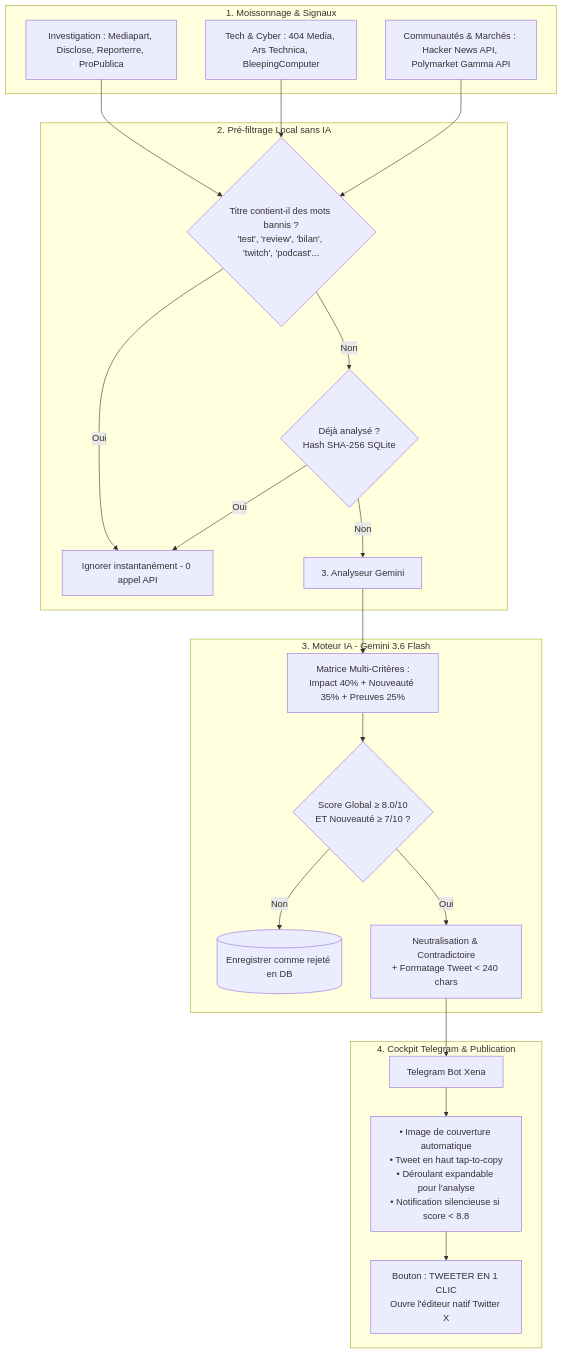
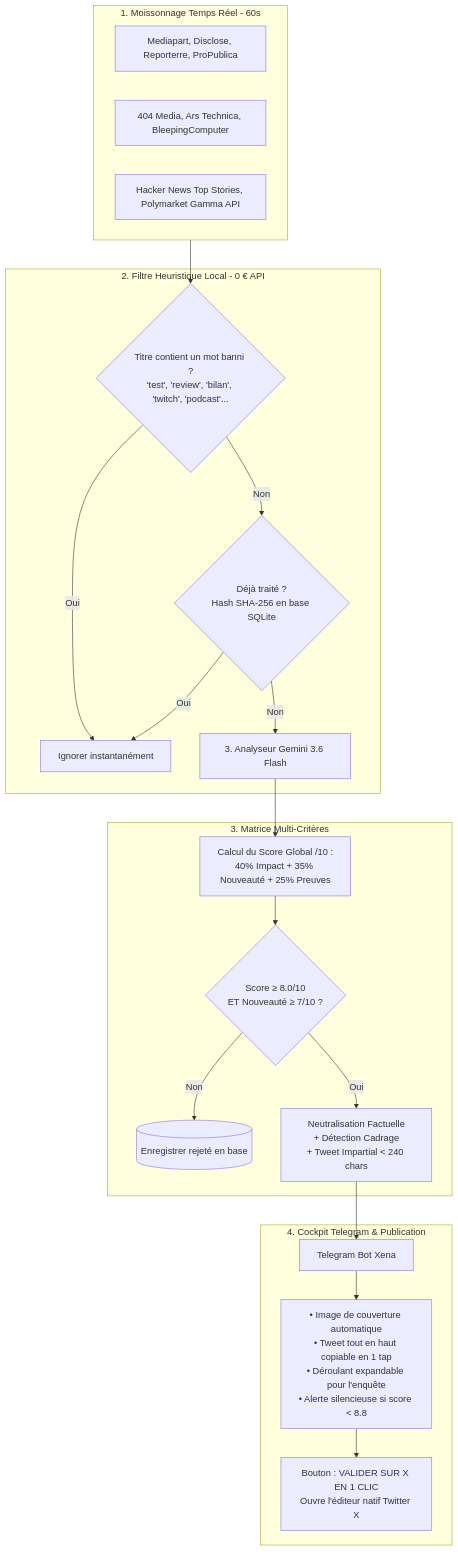
Before and after one commit to MaximeZoppini/Xena-Newsletter: the diagram in README.md, drawn with Mermaid. The commit also changed other lines of this file and 3 other files, not shown here.

Commit message:
feat: real-time news monitoring engine (60s loop + HTTP 304 ETag caching + updated docs)

````diff
--- a/README.md
+++ b/README.md
@@ -27,33 +24,31 @@
 ```mermaid
 flowchart TD
-    subgraph Ingestion [1. Moissonnage & Signaux]
-        S1[Investigation : Mediapart, Disclose, Reporterre, ProPublica]
-        S2[Tech & Cyber : 404 Media, Ars Technica, BleepingComputer]
-        S3[Communautés & Marchés : Hacker News API, Polymarket Gamma API]
+    subgraph Scan [1. Moissonnage Temps Réel - 60s]
+        S1[Mediapart, Disclose, Reporterre, ProPublica]
+        S2[404 Media, Ars Technica, BleepingComputer]
+        S3[Hacker News Top Stories, Polymarket Gamma API]
     end
 
-    subgraph Heuristique [2. Pré-filtrage Local sans IA]
-        F1{Titre contient-il des mots bannis ?\n'test', 'review', 'bilan', 'twitch', 'podcast'...}
-        F1 -- Oui --> Drop[Ignorer instantanément - 0 appel API]
-        F1 -- Non --> DB_Check{Déjà analysé ?\nHash SHA-256 SQLite}
-        DB_Check -- Oui --> Drop
-        DB_Check -- Non --> Engine[3. Analyseur Gemini]
+    subgraph Filtre1 [2. Filtre Heuristique Local - 0 € API]
+        F1{Titre contient un mot banni ?\n'test', 'review', 'bilan', 'twitch', 'podcast'...}
+        F1 -- Oui --> Drop1[Ignorer instantanément]
+        F1 -- Non --> DB_Check{Déjà traité ?\nHash SHA-256 en base SQLite}
+        DB_Check -- Oui --> Drop1
+        DB_Check -- Non --> AI_Eval[3. Analyseur Gemini 3.6 Flash]
     end
 
-    subgraph Intelligence [3. Moteur IA - Gemini 3.6 Flash]
-        Engine --> Matrix[Matrice Multi-Critères :\nImpact 40% + Nouveauté 35% + Preuves 25%]
-        Matrix --> Decision{Score Global ≥ 8.0/10\nET Nouveauté ≥ 7/10 ?}
-        Decision -- Non --> DB_Reject[(Enregistrer comme rejeté en DB)]
-        Decision -- Oui --> Neutralize[Neutralisation & Contradictoire\n+ Formatage Tweet < 240 chars]
+    subgraph Intelligence [3. Matrice Multi-Critères]
+        AI_Eval --> Scoring[Calcul du Score Global /10 :\n40% Impact + 35% Nouveauté + 25% Preuves]
+        Scoring --> Decision{Score ≥ 8.0/10\nET Nouveauté ≥ 7/10 ?}
+        Decision -- Non --> DB_Reject[(Enregistrer rejeté en base)]
+        Decision -- Oui --> Neutralize[Neutralisation Factuelle\n+ Détection Cadrage\n+ Tweet Impartial < 240 chars]
     end
 
     subgraph Cockpit [4. Cockpit Telegram & Publication]
         Neutralize --> TG[Telegram Bot Xena]
-        TG --> UI[• Image de couverture automatique\n• Tweet en haut tap-to-copy\n• Déroulant expandable pour l'analyse\n• Notification silencieuse si score < 8.8]
-        UI --> Action[Bouton : TWEETER EN 1 CLIC\nOuvre l'éditeur natif Twitter X]
+        TG --> UI[• Image de couverture automatique\n• Tweet tout en haut copiable en 1 tap\n• Déroulant expandable pour l'enquête\n• Alerte silencieuse si score < 8.8]
+        UI --> Action[Bouton : VALIDER SUR X EN 1 CLIC\nOuvre l'éditeur natif Twitter X]
     end
 
-    S1 --> F1
-    S2 --> F1
-    S3 --> F1
+    Scan --> F1
 ```
````
